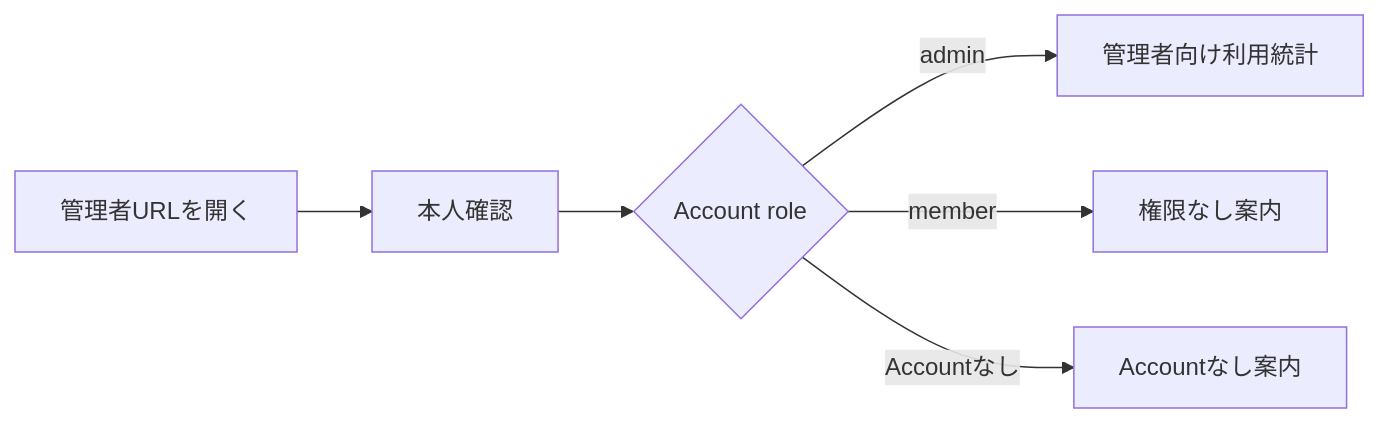
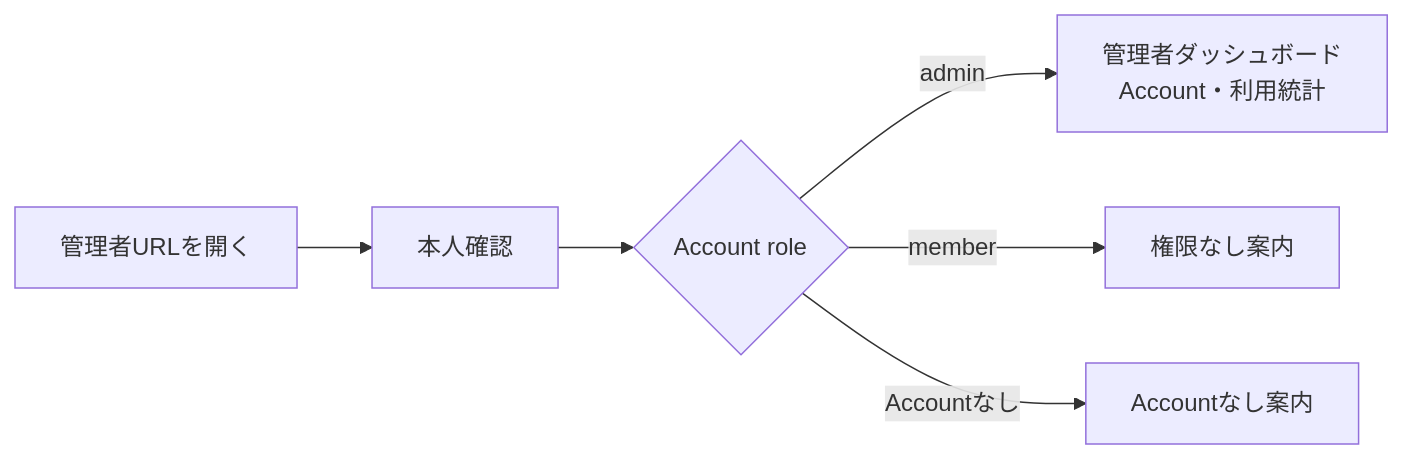
One commit to kkyosuke/me-builder changed the seventh of 7 diagrams in docs/product/screen-navigation.md. Above: the diagram before and after it, drawn with Mermaid. The commit also changed other lines of this file and 6 other files, not shown here.

````diff
--- a/docs/product/screen-navigation.md
+++ b/docs/product/screen-navigation.md
@@ -312,8 +312,8 @@
 ```mermaid
 flowchart LR
     U[管理者URLを開く] --> A[本人確認]
     A --> R{Account role}
-    R -->|admin| D[管理者向け利用統計]
+    R -->|admin| D[管理者ダッシュボード<br/>Account・利用統計]
     R -->|member| F[権限なし案内]
     R -->|Accountなし| N[Accountなし案内]
 ```
````
